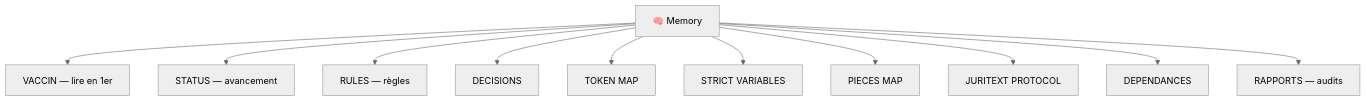
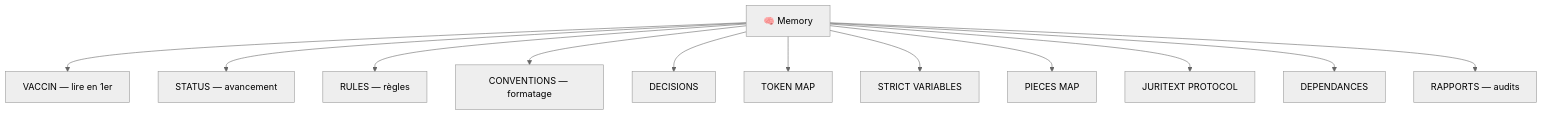
One commit to criloOcom/accident-main changed the diagram in 🧠 Memory/README.md. Above: the diagram before and after it, drawn with Mermaid (neutral theme). The commit also changed other lines of this file, not shown here.

Commit message:
🧠 Memory/README.md: ajout CONVENTIONS.md

````diff
--- a/🧠 Memory/README.md
+++ b/🧠 Memory/README.md
@@ -18,13 +18,14 @@
 ```mermaid
 graph TD
     M[🧠 Memory] --> V[VACCIN — lire en 1er]
     M --> S[STATUS — avancement]
     M --> R[RULES — règles]
+    M --> C[CONVENTIONS — formatage]
     M --> D[DECISIONS]
     M --> T[TOKEN MAP]
     M --> SV[STRICT VARIABLES]
     M --> P[PIECES MAP]
     M --> J[JURITEXT PROTOCOL]
     M --> DEP[DEPENDANCES]
     M --> RA[RAPPORTS — audits]
 ```
````
